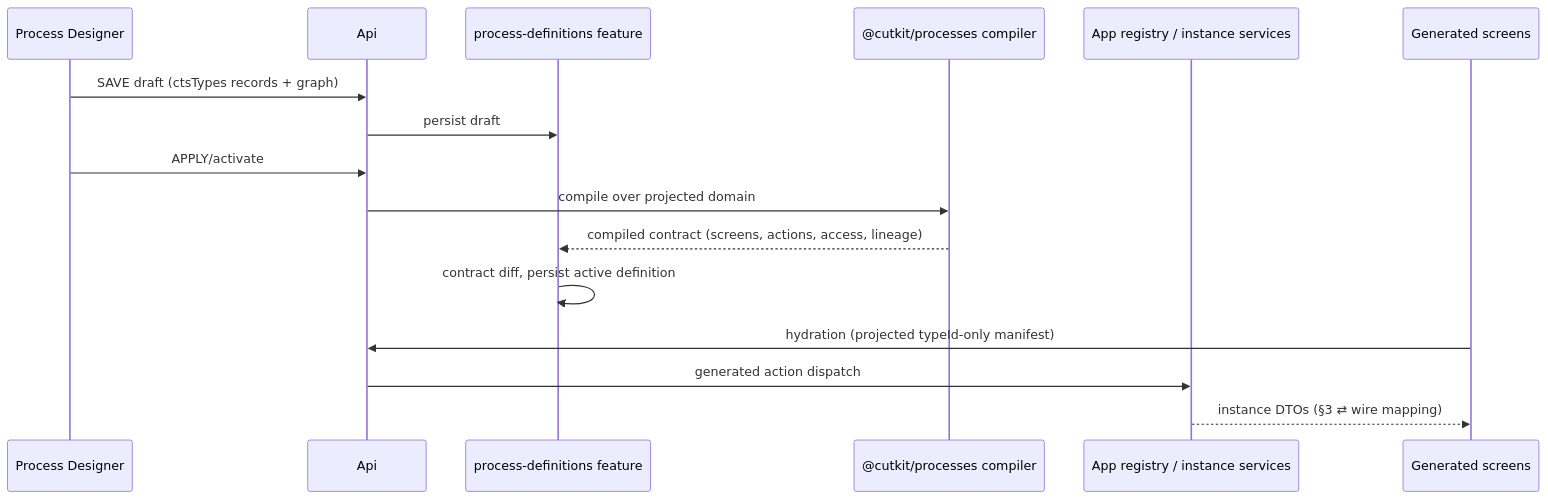
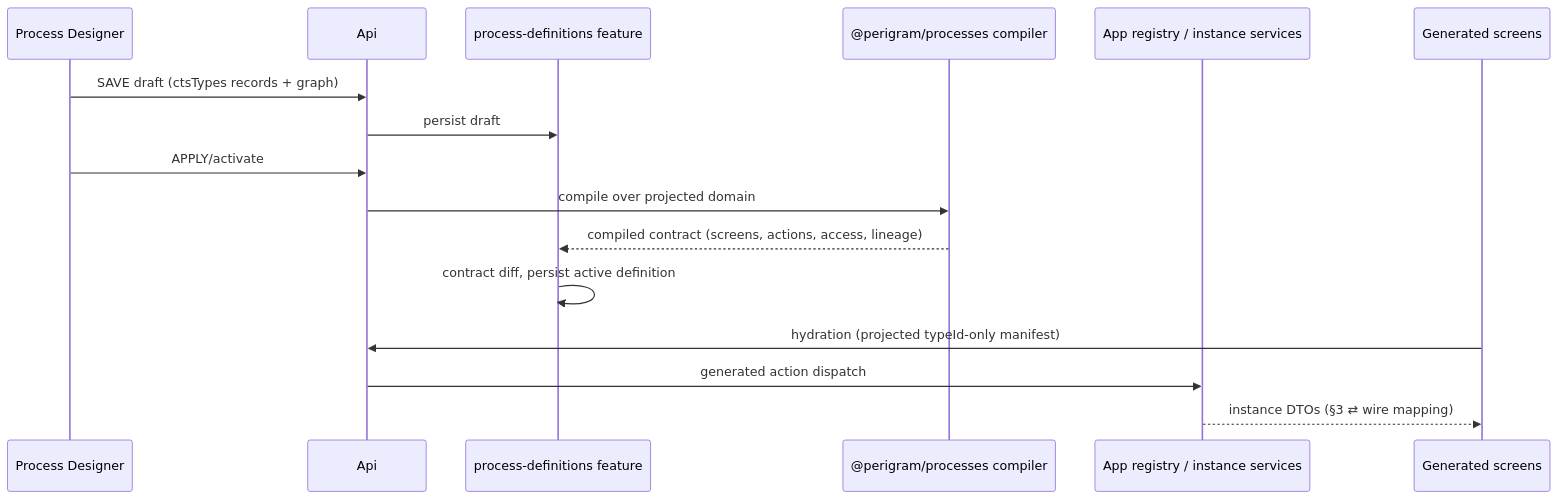
One commit to Perigram/perigram changed the second of 2 diagrams in docs/SYSTEM_ARCHITECTURE.md. Above: the diagram before and after it, drawn with Mermaid. The commit also changed other lines of this file and 64 other files, not shown here.

````diff
--- a/docs/SYSTEM_ARCHITECTURE.md
+++ b/docs/SYSTEM_ARCHITECTURE.md
@@ -85,19 +85,19 @@
 ```mermaid
 sequenceDiagram
   participant D as Process Designer
   participant Api
   participant PD as process-definitions feature
-  participant C as @cutkit/processes compiler
+  participant C as @perigram/processes compiler
   participant R as App registry / instance services
   participant UI as Generated screens
 
   D->>Api: SAVE draft (ctsTypes records + graph)
   Api->>PD: persist draft
   D->>Api: APPLY/activate
   Api->>C: compile over projected domain
   C-->>PD: compiled contract (screens, actions, access, lineage)
   PD->>PD: contract diff, persist active definition
   UI->>Api: hydration (projected typeId-only manifest)
   Api->>R: generated action dispatch
   R-->>UI: instance DTOs (§3 ⇄ wire mapping)
 ```
````
